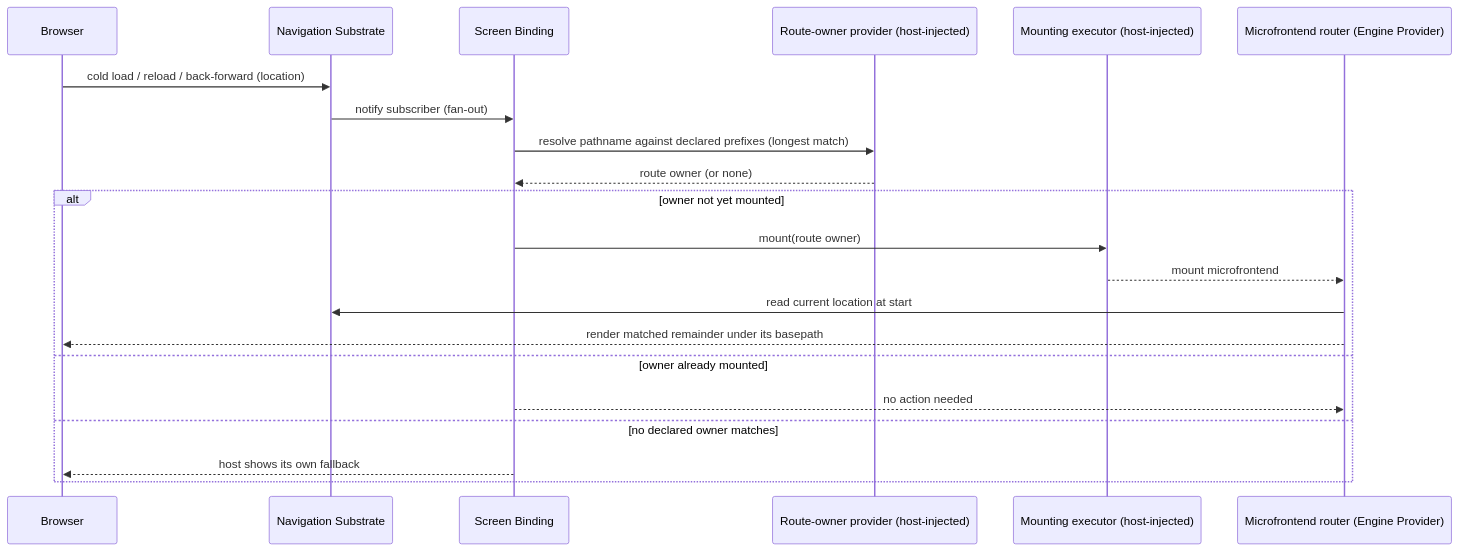
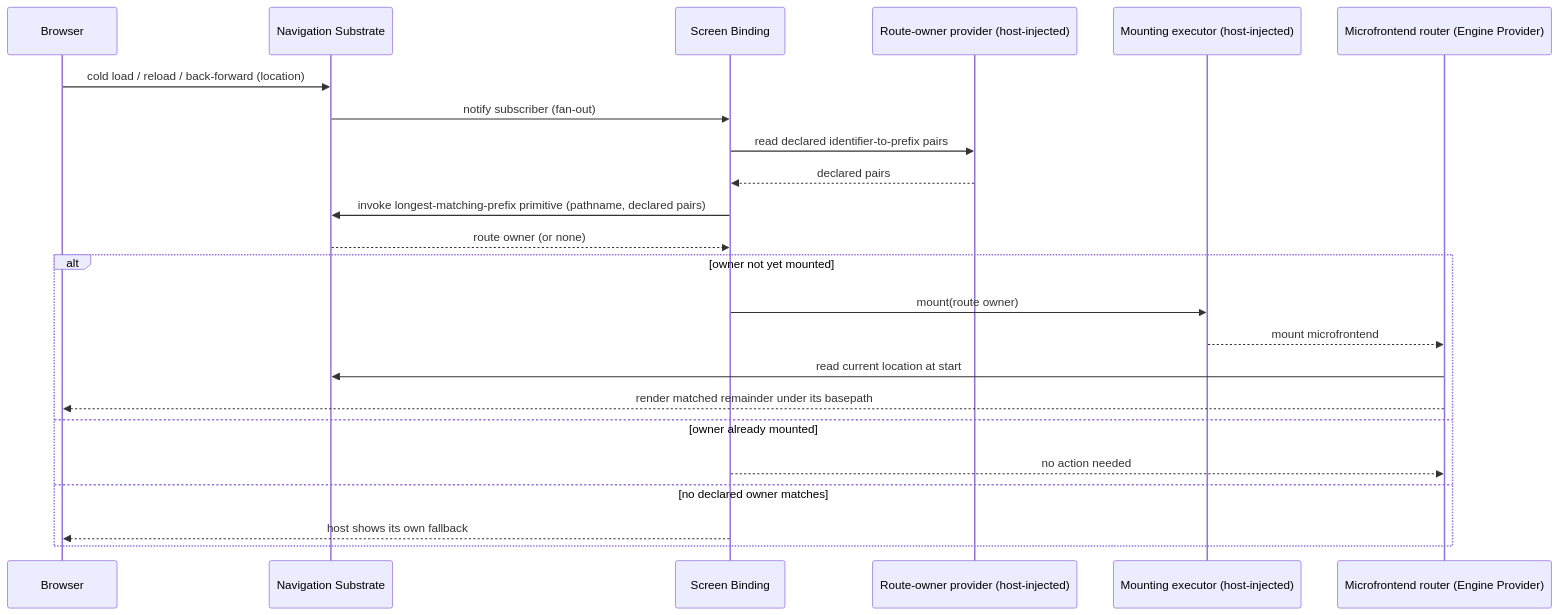
One commit to GeraBart/gears-frontx changed the second of 2 diagrams in packages/routing/architecture/DESIGN.md. Above: the diagram before and after it, drawn with Mermaid. The commit also changed other lines of this file and 3 other files, not shown here.

````diff
--- a/packages/routing/architecture/DESIGN.md
+++ b/packages/routing/architecture/DESIGN.md
@@ -282,23 +282,25 @@
 ```mermaid
 sequenceDiagram
     participant Browser
     participant Substrate as Navigation Substrate
     participant Binding as Screen Binding
     participant OwnerPort as Route-owner provider (host-injected)
     participant MountPort as Mounting executor (host-injected)
     participant MFE as Microfrontend router (Engine Provider)
     Browser->>Substrate: cold load / reload / back-forward (location)
     Substrate->>Binding: notify subscriber (fan-out)
-    Binding->>OwnerPort: resolve pathname against declared prefixes (longest match)
-    OwnerPort-->>Binding: route owner (or none)
+    Binding->>OwnerPort: read declared identifier-to-prefix pairs
+    OwnerPort-->>Binding: declared pairs
+    Binding->>Substrate: invoke longest-matching-prefix primitive (pathname, declared pairs)
+    Substrate-->>Binding: route owner (or none)
     alt owner not yet mounted
         Binding->>MountPort: mount(route owner)
         MountPort-->>MFE: mount microfrontend
         MFE->>Substrate: read current location at start
         MFE-->>Browser: render matched remainder under its basepath
     else owner already mounted
         Binding-->>MFE: no action needed
     else no declared owner matches
         Binding-->>Browser: host shows its own fallback
     end
 ```
````
